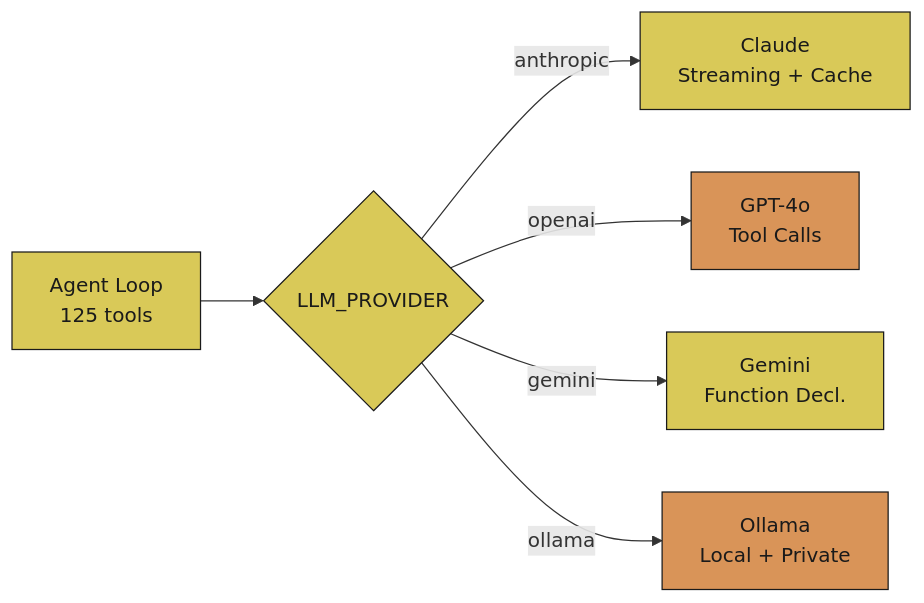
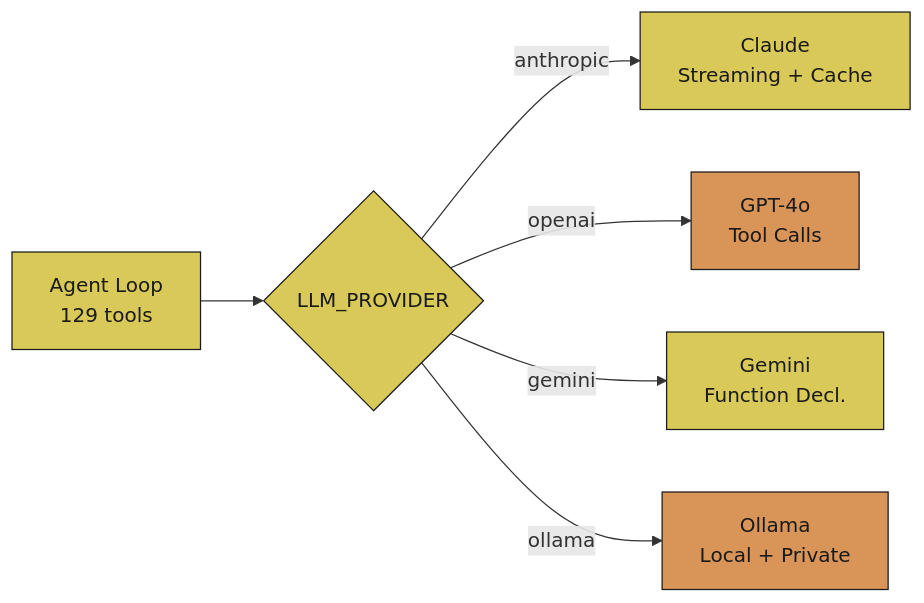
One commit to JosephOIbrahim/Comfy-Cozy changed the fifth of 33 diagrams in README.md. Above: the diagram before and after it, drawn with Mermaid. The commit also changed other lines of this file, not shown here.

````diff
--- a/README.md
+++ b/README.md
@@ -357,13 +357,13 @@
 ```mermaid
 graph LR
-    Agent[Agent Loop<br/>125 tools] --> LLM{LLM_PROVIDER}
+    Agent[Agent Loop<br/>129 tools] --> LLM{LLM_PROVIDER}
     LLM -->|anthropic| A["Claude<br/>Streaming + Cache"]
     LLM -->|openai| B["GPT-4o<br/>Tool Calls"]
     LLM -->|gemini| C["Gemini<br/>Function Decl."]
     LLM -->|ollama| D["Ollama<br/>Local + Private"]
 
     classDef orange fill:#d99458,color:#1a1a1a,stroke:#1a1a1a
     classDef yellow fill:#d9c958,color:#1a1a1a,stroke:#1a1a1a
     class B,D orange
     class Agent,A,C,LLM yellow
 ```
````
